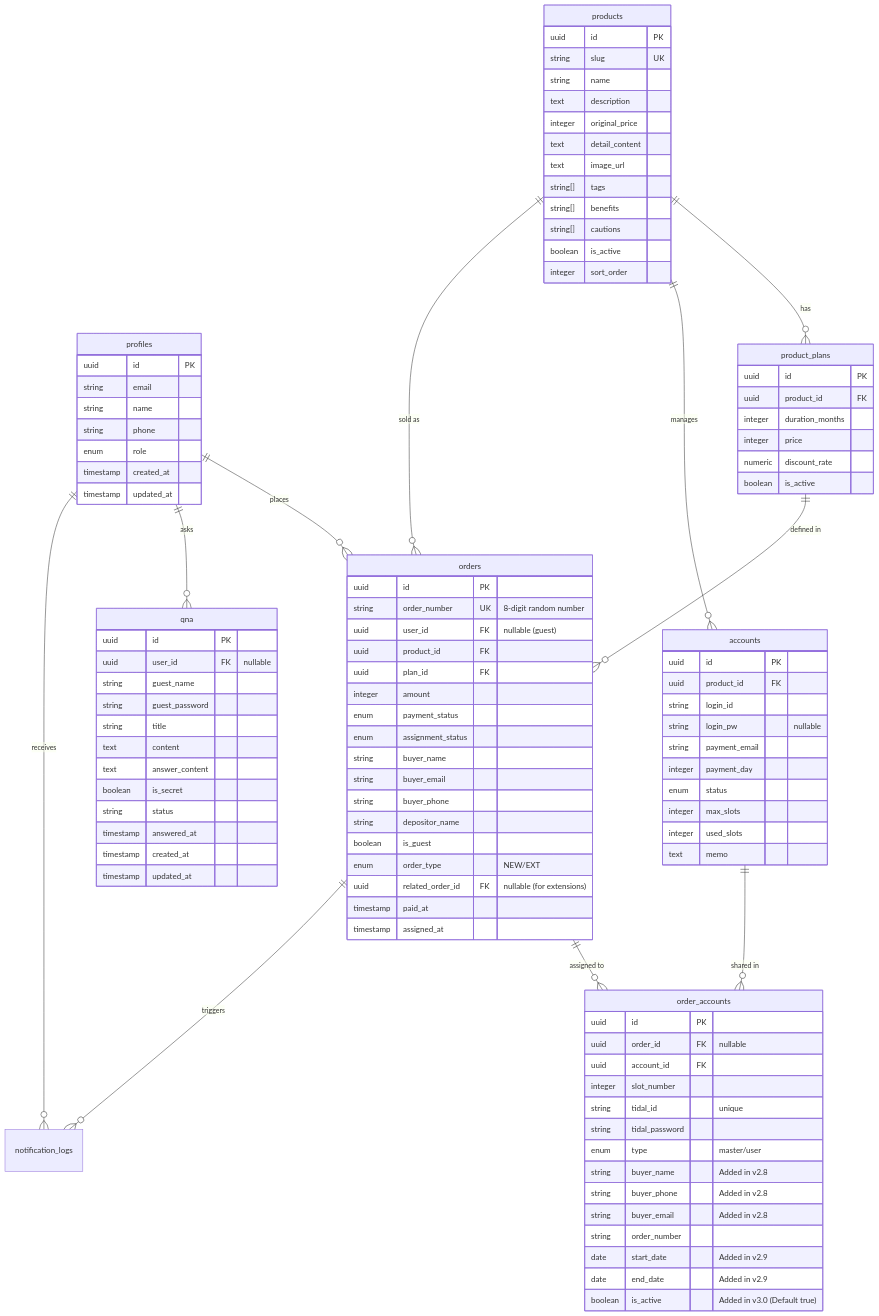
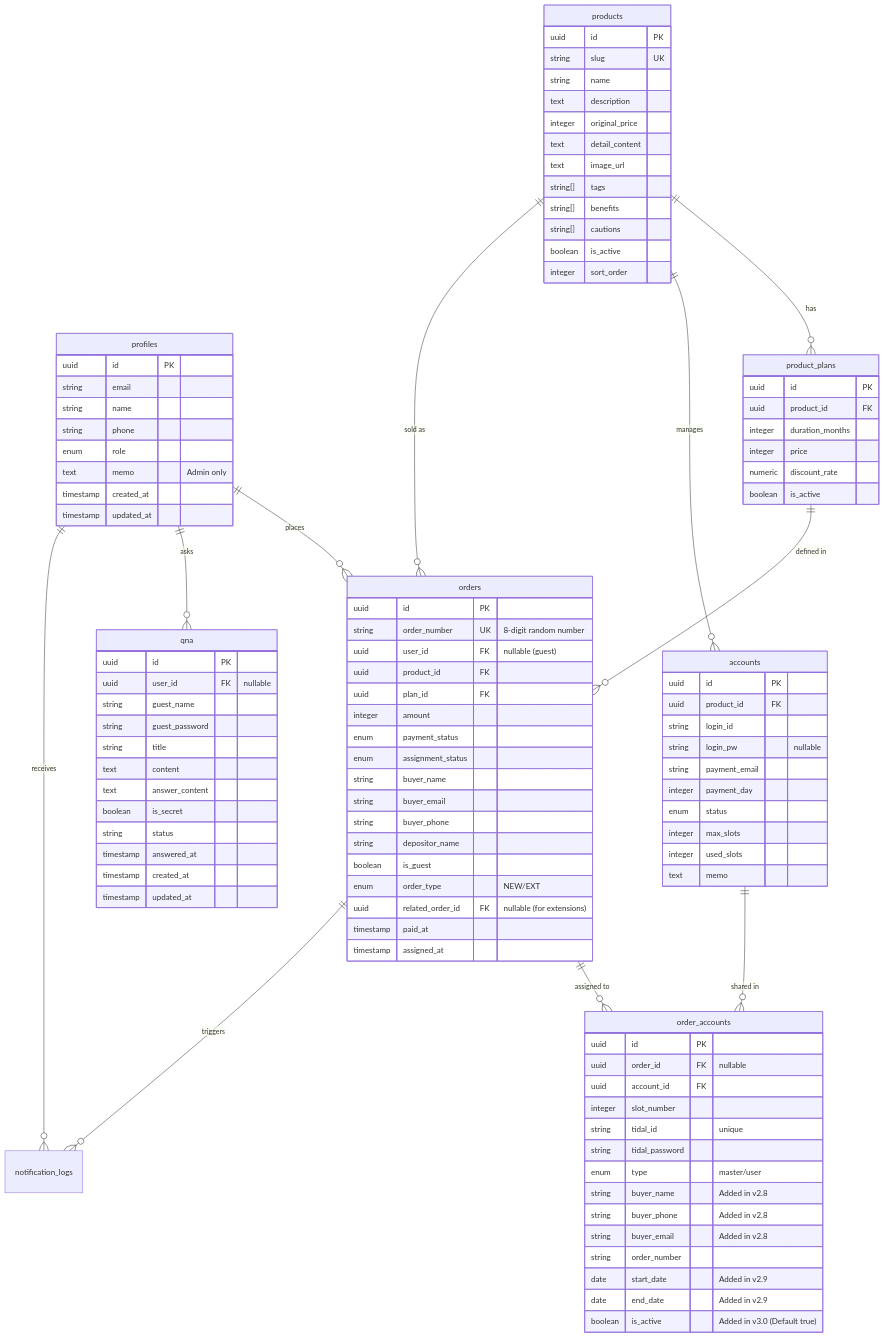
Before and after one commit to jeon28/dalbus: the diagram in docs/db_schema.md, drawn with Mermaid. The commit also changed 7 other files, not shown here.

Commit message:
feat: implement admin memo, enhance tidal management grid, and fix build errors (v2.4)

```diff
--- a/docs/db_schema.md
+++ b/docs/db_schema.md
@@ -25,6 +25,7 @@
         string name
         string phone
         enum role
+        text memo "Admin only"
         timestamp created_at
         timestamp updated_at
     }
```
